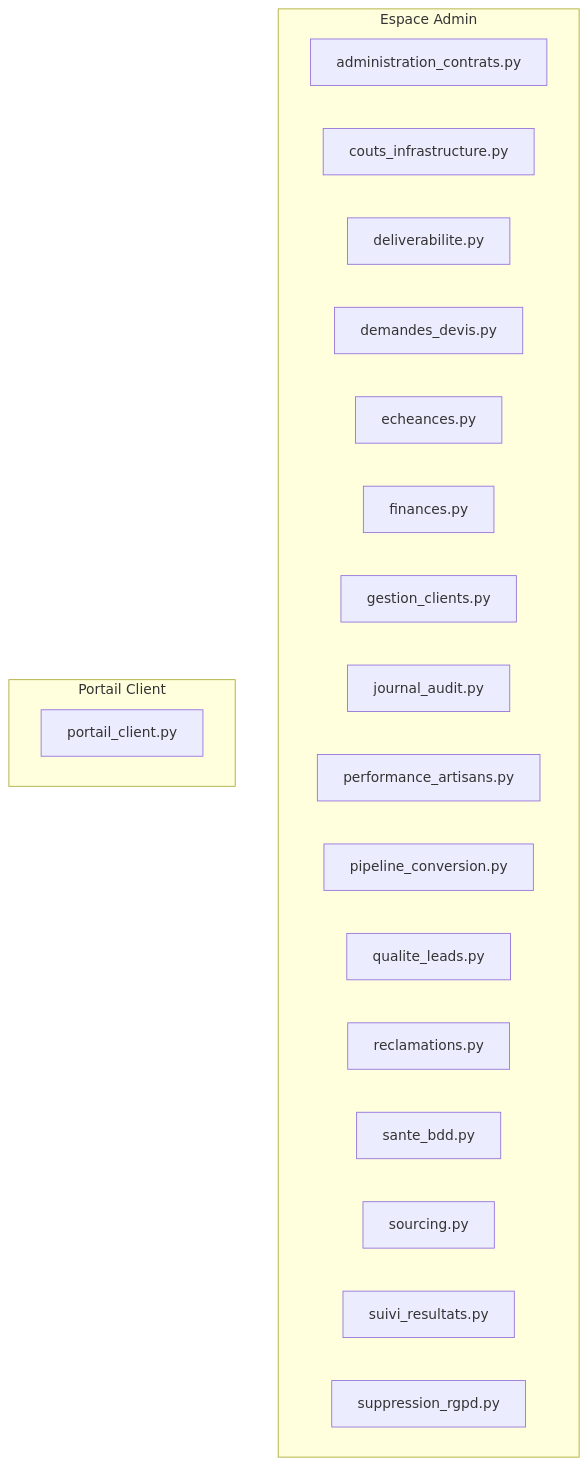
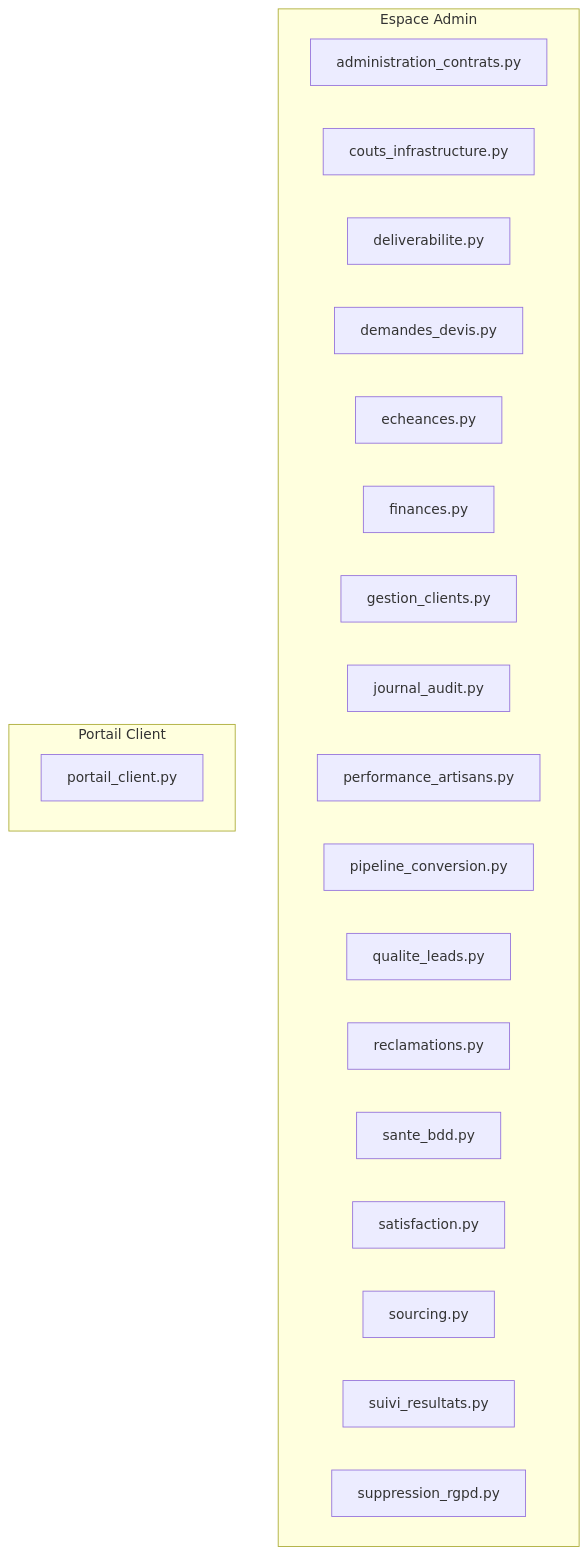
One commit to contactmonagenceiapro-sudo/leads-creator changed the third of 3 diagrams in docs/architecture_globale.md. Above: the diagram before and after it, drawn with Mermaid. The commit also changed other lines of this file and 8 other files, not shown here.

````diff
--- a/docs/architecture_globale.md
+++ b/docs/architecture_globale.md
@@ -426,24 +439,25 @@
 ```mermaid
 flowchart TD
     subgraph ADMIN["Espace Admin"]
         administration_contrats_py["administration_contrats.py"]
         couts_infrastructure_py["couts_infrastructure.py"]
         deliverabilite_py["deliverabilite.py"]
         demandes_devis_py["demandes_devis.py"]
         echeances_py["echeances.py"]
         finances_py["finances.py"]
         gestion_clients_py["gestion_clients.py"]
         journal_audit_py["journal_audit.py"]
         performance_artisans_py["performance_artisans.py"]
         pipeline_conversion_py["pipeline_conversion.py"]
         qualite_leads_py["qualite_leads.py"]
         reclamations_py["reclamations.py"]
         sante_bdd_py["sante_bdd.py"]
+        satisfaction_py["satisfaction.py"]
         sourcing_py["sourcing.py"]
         suivi_resultats_py["suivi_resultats.py"]
         suppression_rgpd_py["suppression_rgpd.py"]
     end
     subgraph CLIENT["Portail Client"]
         portail_client_py["portail_client.py"]
     end
 ```
````
